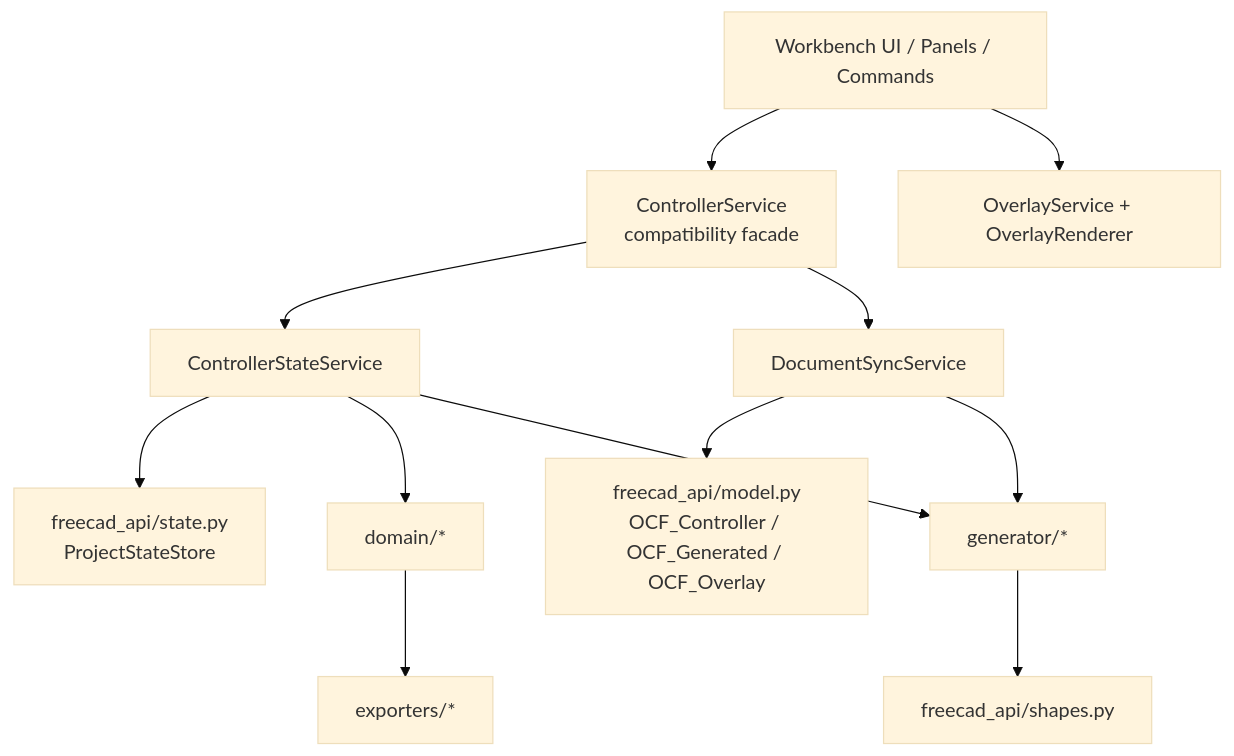
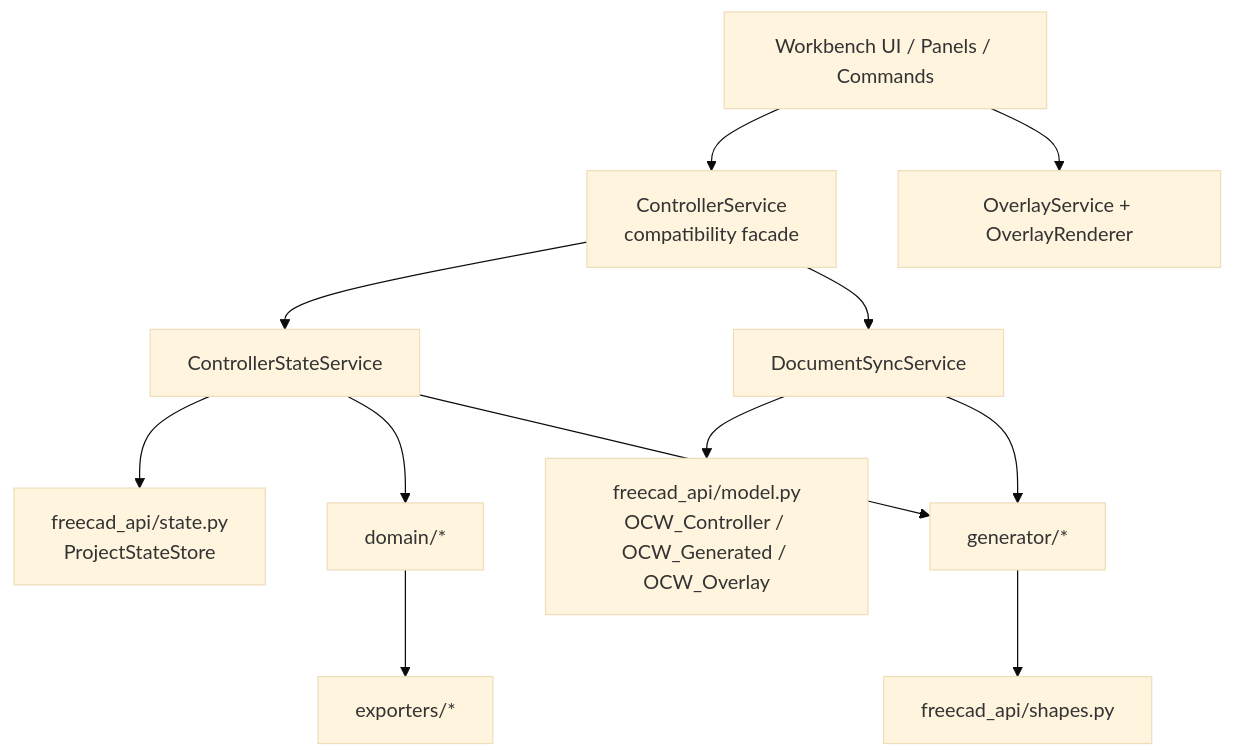
Before and after one commit to 161sam/open-controller-workbench: the first of 3 diagrams in docs/ARCHITECTURE_FREECAD_WORKBENCH.md, drawn with Mermaid (base theme). The commit also changed other lines of this file and 451 other files, not shown here.

Commit message:
rename repo identity from open-controller-freecad/ocf to open-controller-workbench/ocw

````diff
--- a/docs/ARCHITECTURE_FREECAD_WORKBENCH.md
+++ b/docs/ARCHITECTURE_FREECAD_WORKBENCH.md
@@ -101,26 +101,26 @@
 ```mermaid
 flowchart TD
     UI[Workbench UI / Panels / Commands]
     FACADE[ControllerService<br/>compatibility facade]
     STATE[ControllerStateService]
     SYNC[DocumentSyncService]
     OVERLAY[OverlayService + OverlayRenderer]
-    MODEL[freecad_api/model.py<br/>OCF_Controller / OCF_Generated / OCF_Overlay]
+    MODEL[freecad_api/model.py<br/>OCW_Controller / OCW_Generated / OCW_Overlay]
     PERSIST[freecad_api/state.py<br/>ProjectStateStore]
     DOMAIN[domain/*]
     GENERATOR[generator/*]
     GEOM[freecad_api/shapes.py]
     EXPORT[exporters/*]
 
     UI --> FACADE
     FACADE --> STATE
     FACADE --> SYNC
     UI --> OVERLAY
     STATE --> PERSIST
     STATE --> DOMAIN
     STATE --> GENERATOR
     SYNC --> MODEL
     SYNC --> GENERATOR
     GENERATOR --> GEOM
     DOMAIN --> EXPORT
 ```
````
